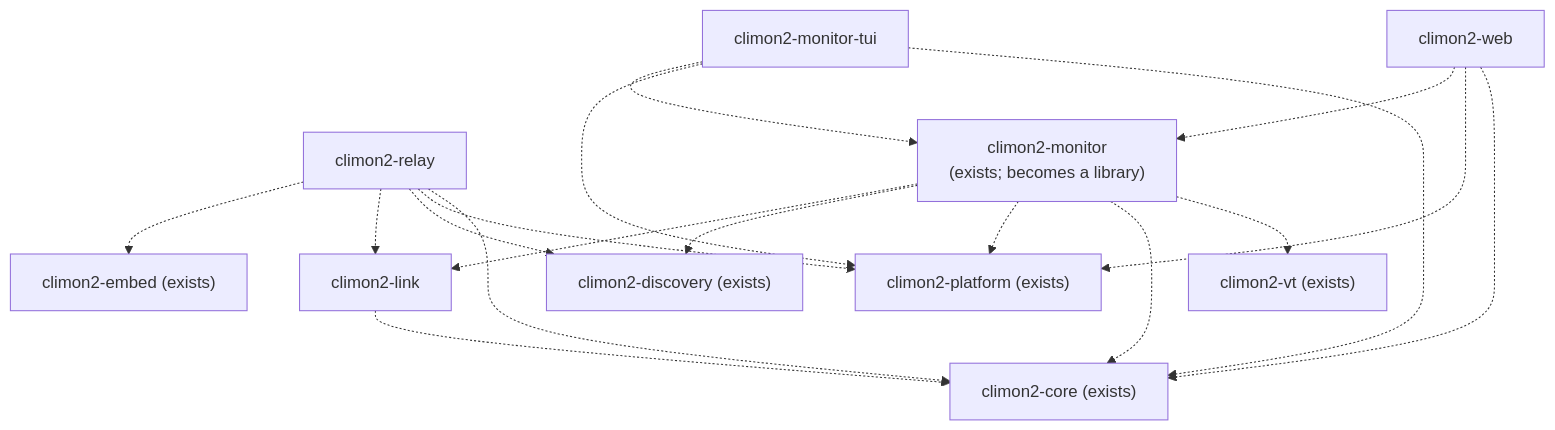
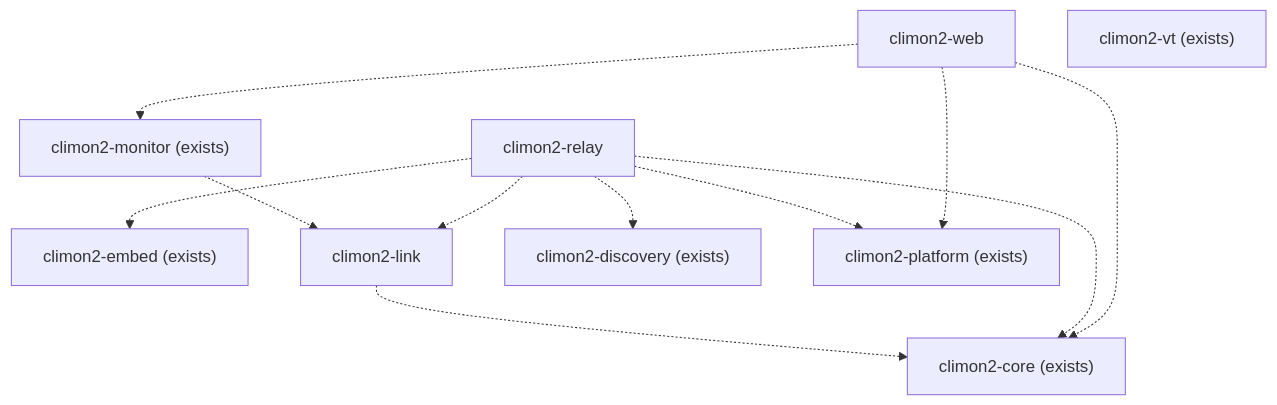
One commit to jackgeek/climon2 changed the second of 3 diagrams in docs/for-humans/architecture/crate-relationships.md. Above: the diagram before and after it, drawn with Mermaid. The commit also changed other lines of this file and 7 other files, not shown here.

First line of the commit message:
Document the monitor library and its terminal interface (#490)

````diff
--- a/docs/for-humans/architecture/crate-relationships.md
+++ b/docs/for-humans/architecture/crate-relationships.md
@@ -72,31 +76,23 @@
 ```mermaid
 flowchart TB
-    tui["climon2-monitor-tui"]
     web["climon2-web"]
     relay["climon2-relay"]
-    monitor["climon2-monitor<br/>(exists; becomes a library)"]
+    monitor["climon2-monitor (exists)"]
     embed["climon2-embed (exists)"]
     link["climon2-link"]
     discovery["climon2-discovery (exists)"]
     platform["climon2-platform (exists)"]
     core["climon2-core (exists)"]
     vt["climon2-vt (exists)"]
 
-    tui -.-> monitor
-    tui -.-> platform
-    tui -.-> core
     web -.-> monitor
     web -.-> platform
     web -.-> core
     relay -.-> embed
     relay -.-> link
     relay -.-> discovery
     relay -.-> platform
     relay -.-> core
     monitor -.-> link
-    monitor -.-> discovery
-    monitor -.-> platform
-    monitor -.-> core
-    monitor -.-> vt
     link -.-> core
 ```
````
